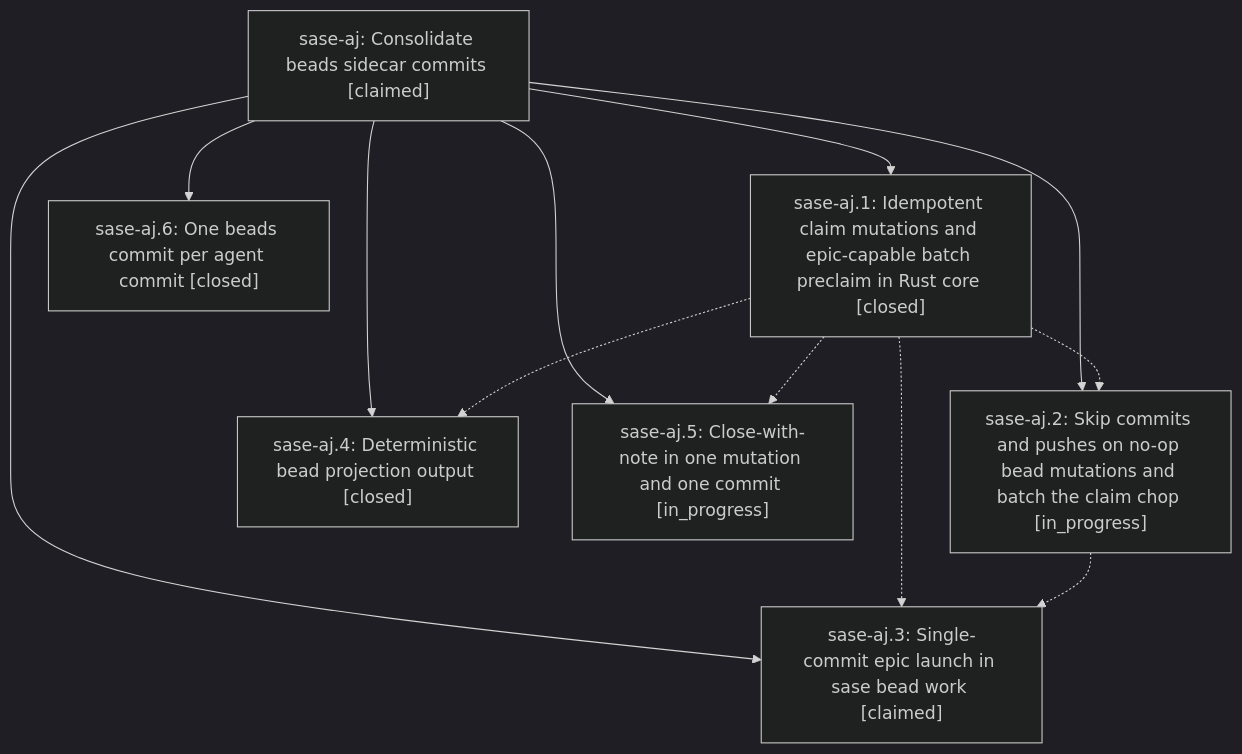
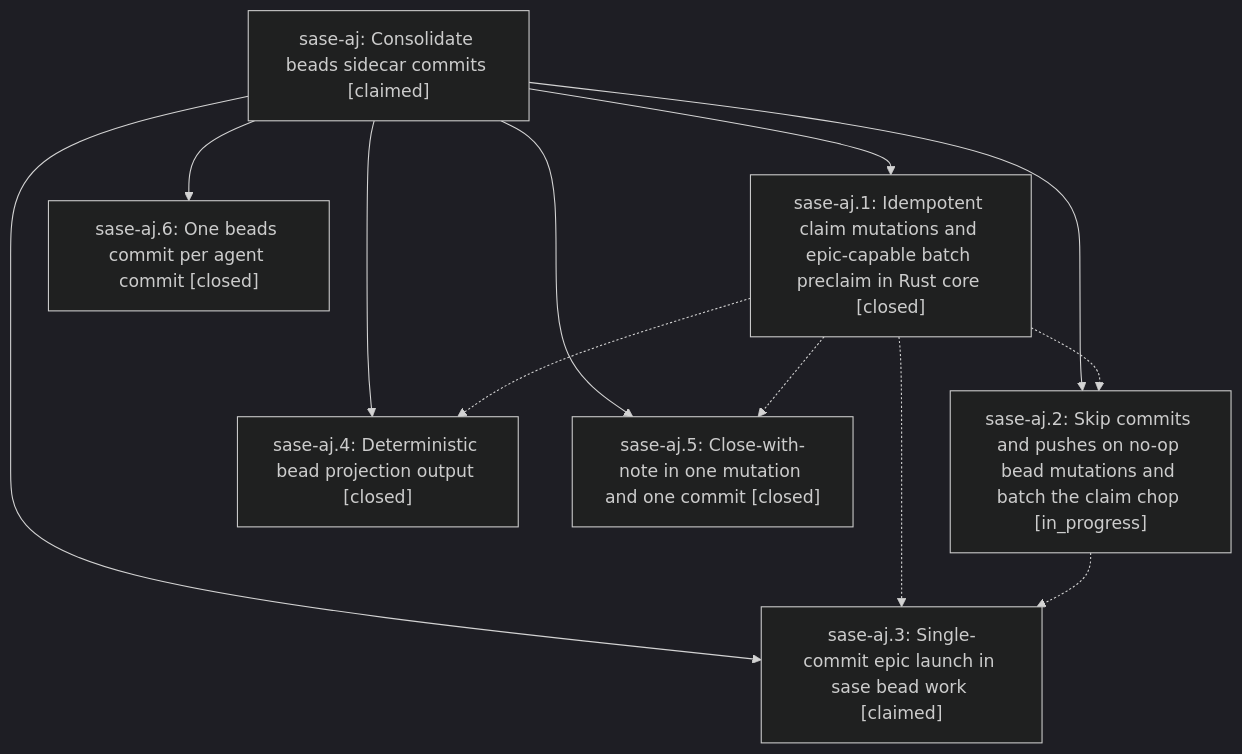
The diagram in pages/sase-aj/README.md (sase-org/sase--beads), drawn with Mermaid (dark theme) before and after one commit. The commit also changed other lines of this file and 5 other files, not shown here.

````diff
--- a/pages/sase-aj/README.md
+++ b/pages/sase-aj/README.md
@@ -27,21 +27,21 @@
 ```mermaid
 flowchart TD
     n0["sase-aj: Consolidate beads sidecar commits [claimed]"]
     n1["sase-aj.1: Idempotent claim mutations and epic-capable batch preclaim in Rust core [closed]"]
     n2["sase-aj.2: Skip commits and pushes on no-op bead mutations and batch the claim chop [in_progress]"]
     n3["sase-aj.3: Single-commit epic launch in sase bead work [claimed]"]
     n4["sase-aj.4: Deterministic bead projection output [closed]"]
-    n5["sase-aj.5: Close-with-note in one mutation and one commit [in_progress]"]
+    n5["sase-aj.5: Close-with-note in one mutation and one commit [closed]"]
     n6["sase-aj.6: One beads commit per agent commit [closed]"]
     n0 --> n1
     n0 --> n2
     n0 --> n3
     n0 --> n4
     n0 --> n5
     n0 --> n6
     n1 -.-> n2
     n1 -.-> n3
     n1 -.-> n4
     n1 -.-> n5
     n2 -.-> n3
 ```
````
